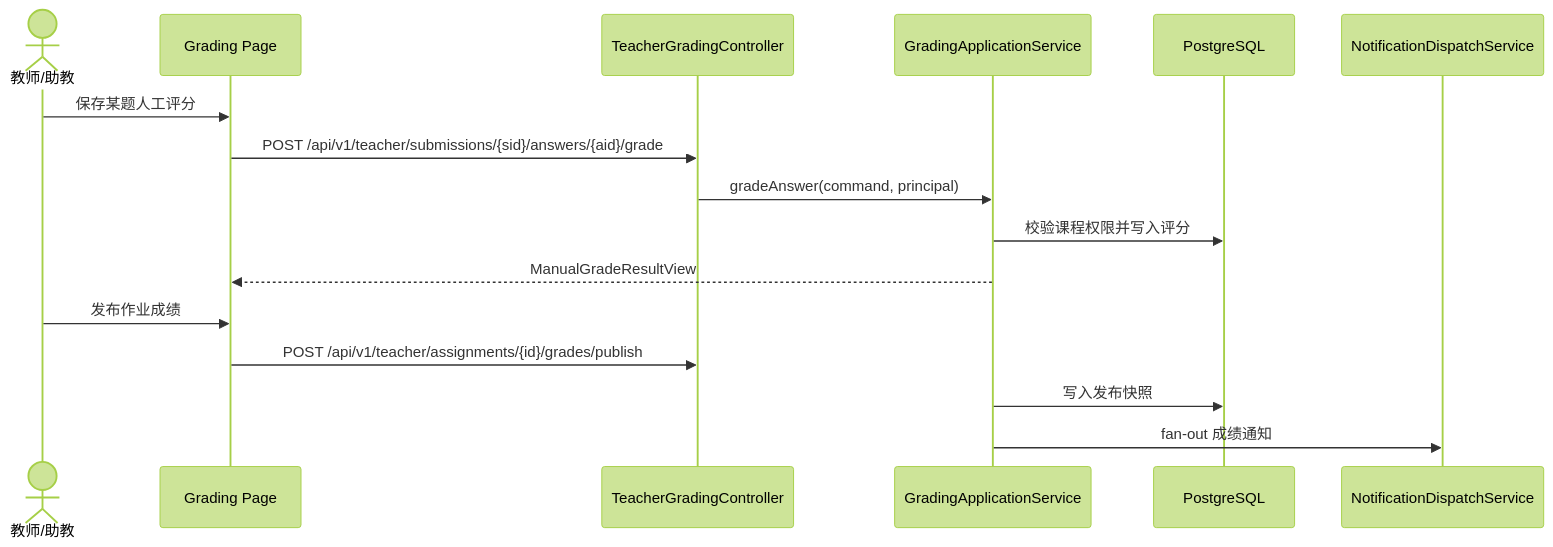
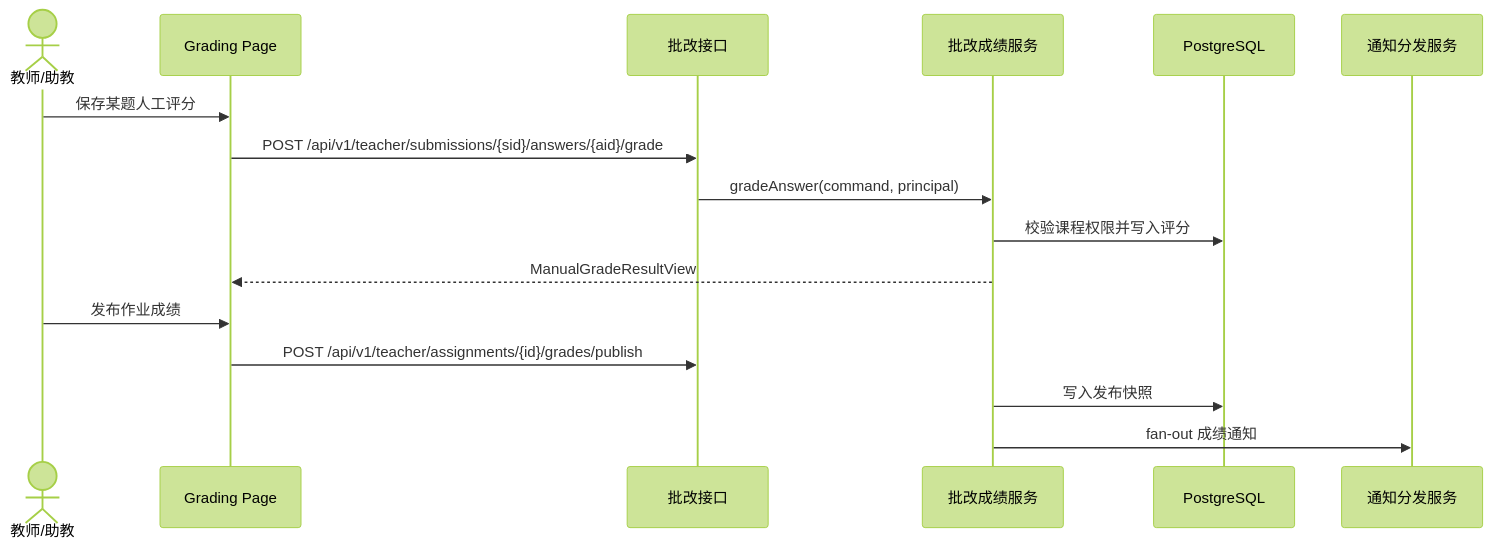
One commit to BUAA-SEProject/docs changed diagram 16 of 36 in 02-process-docs/detailed-design.md. Above: the diagram before and after it, drawn with Mermaid (forest theme). The commit also changed other lines of this file and 6 other files, not shown here.

````diff
--- a/02-process-docs/detailed-design.md
+++ b/02-process-docs/detailed-design.md
@@ -392,19 +392,19 @@
 ```mermaid
 sequenceDiagram
   actor T as 教师/助教
   participant W as Grading Page
-  participant C as TeacherGradingController
-  participant S as GradingApplicationService
+  participant C as 批改接口
+  participant S as 批改成绩服务
   participant DB as PostgreSQL
-  participant N as NotificationDispatchService
+  participant N as 通知分发服务
 
   T->>W: 保存某题人工评分
   W->>C: POST /api/v1/teacher/submissions/{sid}/answers/{aid}/grade
   C->>S: gradeAnswer(command, principal)
   S->>DB: 校验课程权限并写入评分
   S-->>W: ManualGradeResultView
   T->>W: 发布作业成绩
   W->>C: POST /api/v1/teacher/assignments/{id}/grades/publish
   S->>DB: 写入发布快照
   S->>N: fan-out 成绩通知
 ```
````
